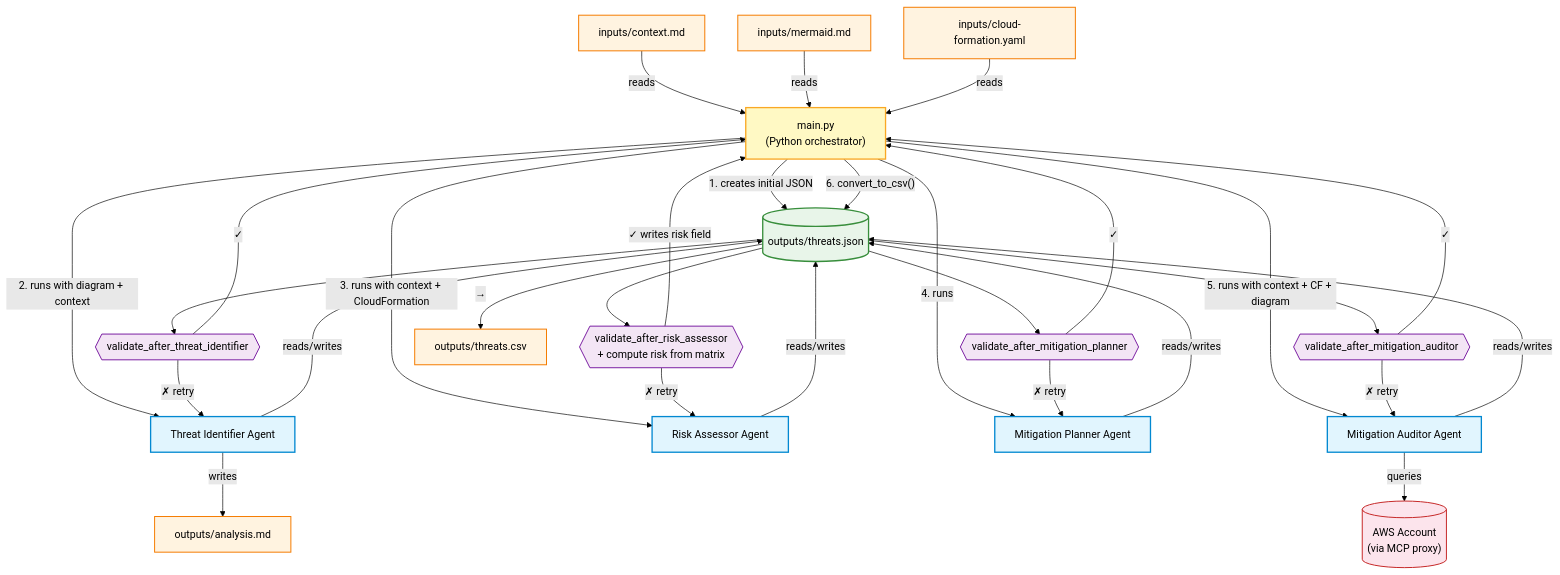
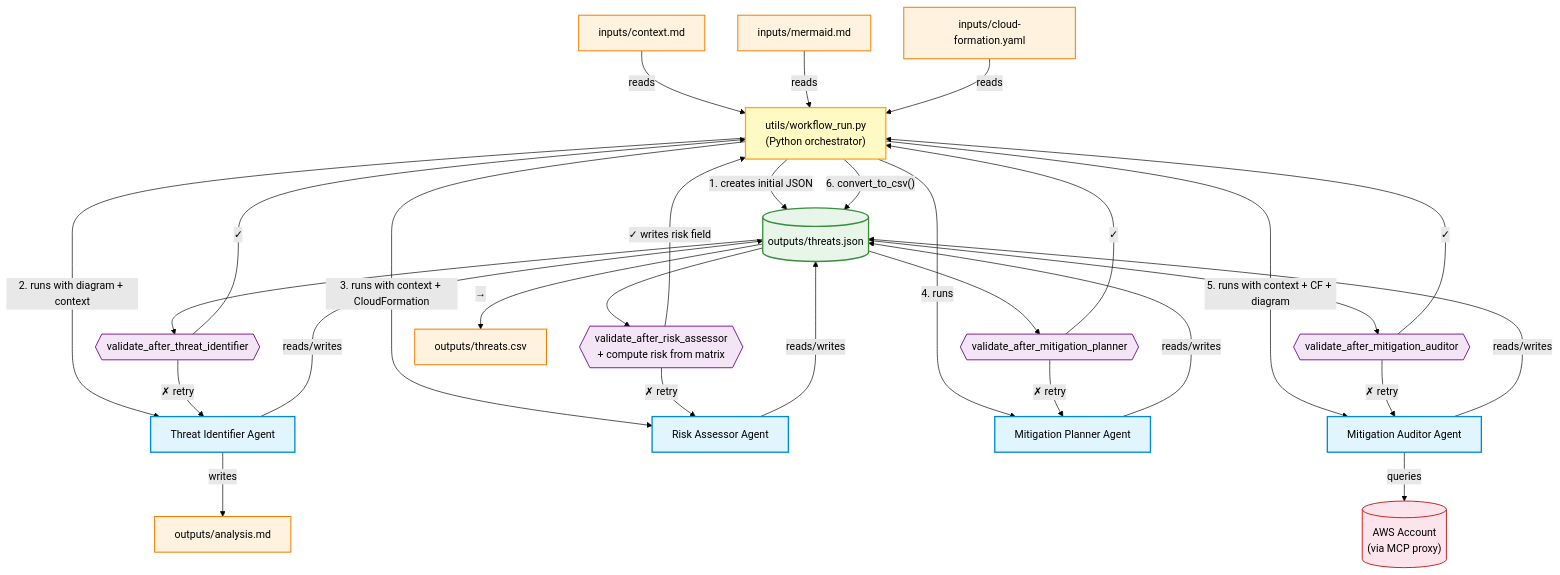
The diagram in 4_without_coordinator/workflow_diagram.md (StaniaKF/threat-modelling-agentic-worklfow), drawn with Mermaid (forest theme) before and after one commit. The commit also changed other lines of this file and 1 other file, not shown here.

Commit message:
chore: update readme and workflow diagram

````diff
--- a/4_without_coordinator/workflow_diagram.md
+++ b/4_without_coordinator/workflow_diagram.md
@@ -3,7 +3,7 @@
 ```mermaid
 flowchart TD
     %% Python orchestrator
-    script["main.py\n(Python orchestrator)"]
+    script["utils/workflow_run.py\n(Python orchestrator)"]
 
     %% Input files
     context["inputs/context.md"]
````
